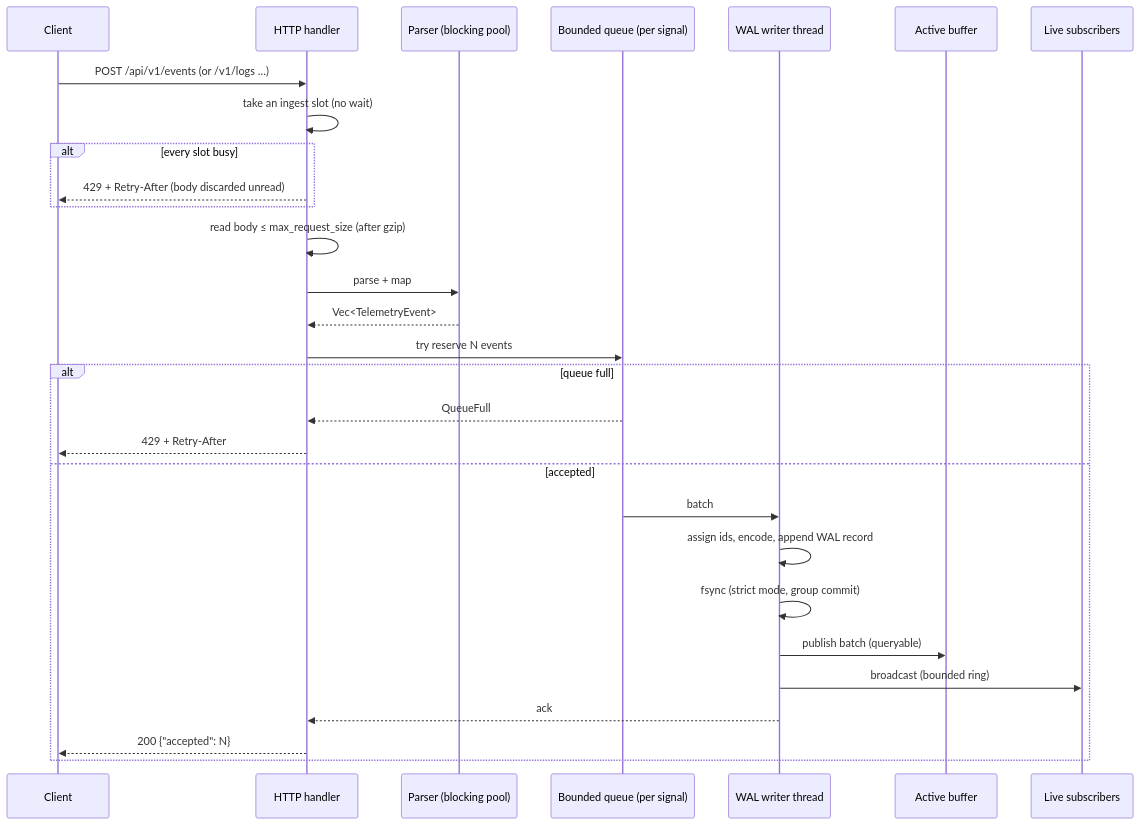
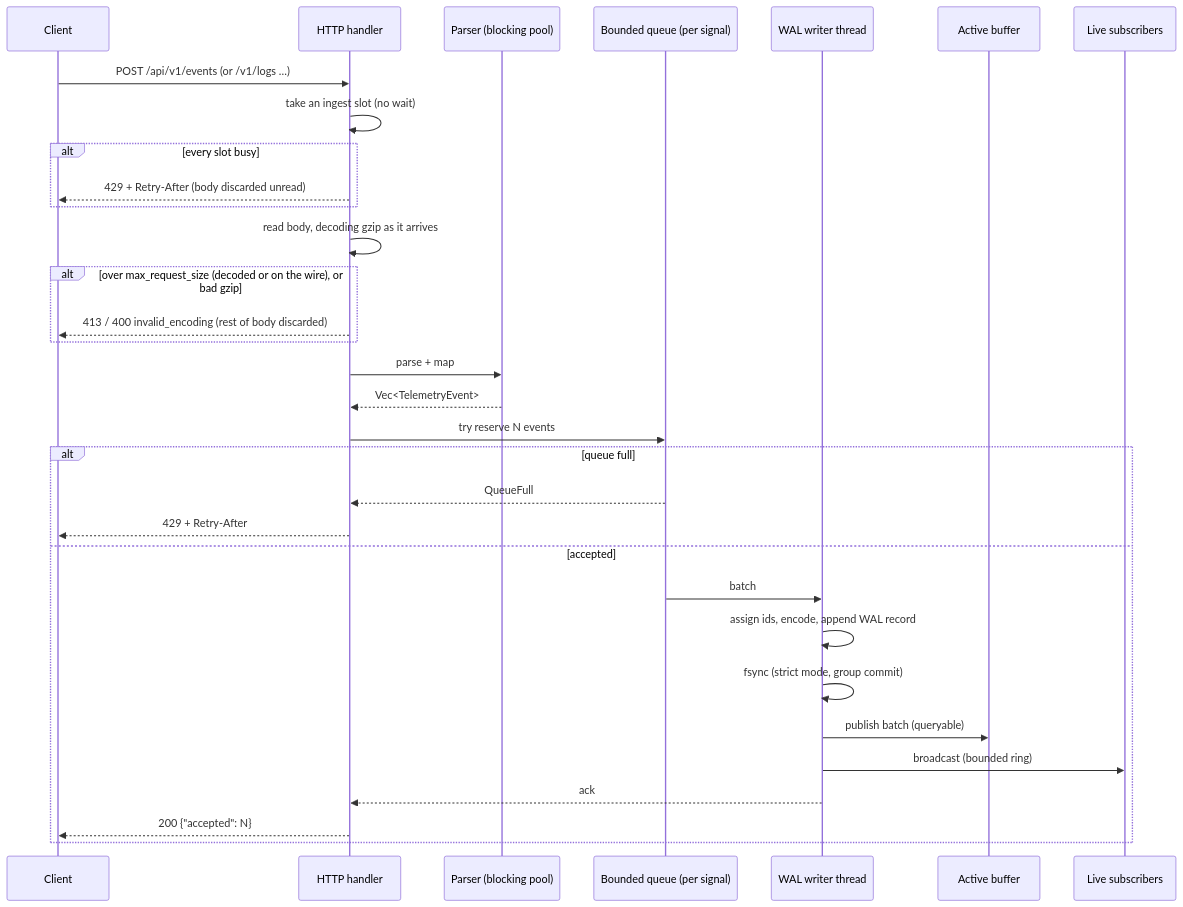
One commit to rowan-smith/Vyrtel changed the second of 4 diagrams in docs/architecture.md. Above: the diagram before and after it, drawn with Mermaid. The commit also changed 12 other files, not shown here.

````diff
--- a/docs/architecture.md
+++ b/docs/architecture.md
@@ -55,32 +55,35 @@
 ```mermaid
 sequenceDiagram
     participant C as Client
     participant H as HTTP handler
     participant P as Parser (blocking pool)
     participant Q as Bounded queue (per signal)
     participant W as WAL writer thread
     participant A as Active buffer
     participant L as Live subscribers
 
     C->>H: POST /api/v1/events (or /v1/logs …)
     H->>H: take an ingest slot (no wait)
     alt every slot busy
         H-->>C: 429 + Retry-After (body discarded unread)
     end
-    H->>H: read body ≤ max_request_size (after gzip)
+    H->>H: read body, decoding gzip as it arrives
+    alt over max_request_size (decoded or on the wire), or bad gzip
+        H-->>C: 413 / 400 invalid_encoding (rest of body discarded)
+    end
     H->>P: parse + map
     P-->>H: Vec<TelemetryEvent>
     H->>Q: try reserve N events
     alt queue full
         Q-->>H: QueueFull
         H-->>C: 429 + Retry-After
     else accepted
         Q->>W: batch
         W->>W: assign ids, encode, append WAL record
         W->>W: fsync (strict mode, group commit)
         W->>A: publish batch (queryable)
         W->>L: broadcast (bounded ring)
         W-->>H: ack
         H-->>C: 200 {"accepted": N}
     end
 ```
````
